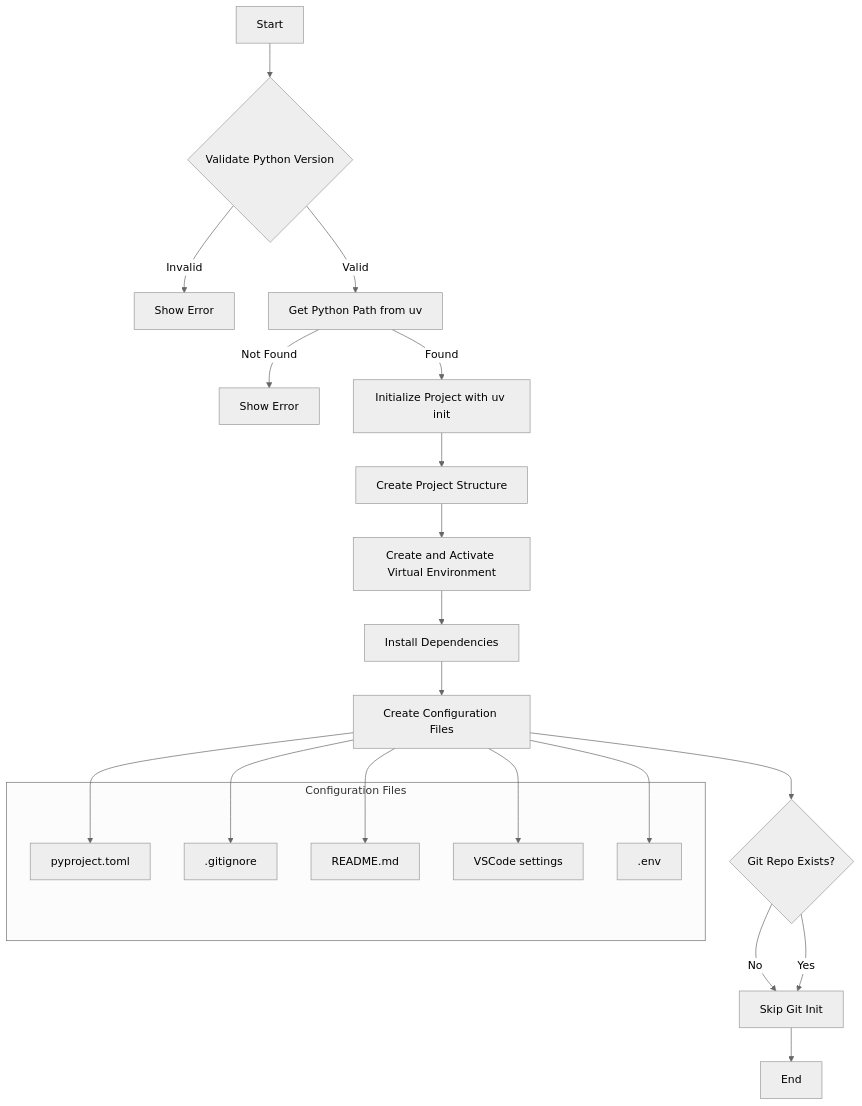
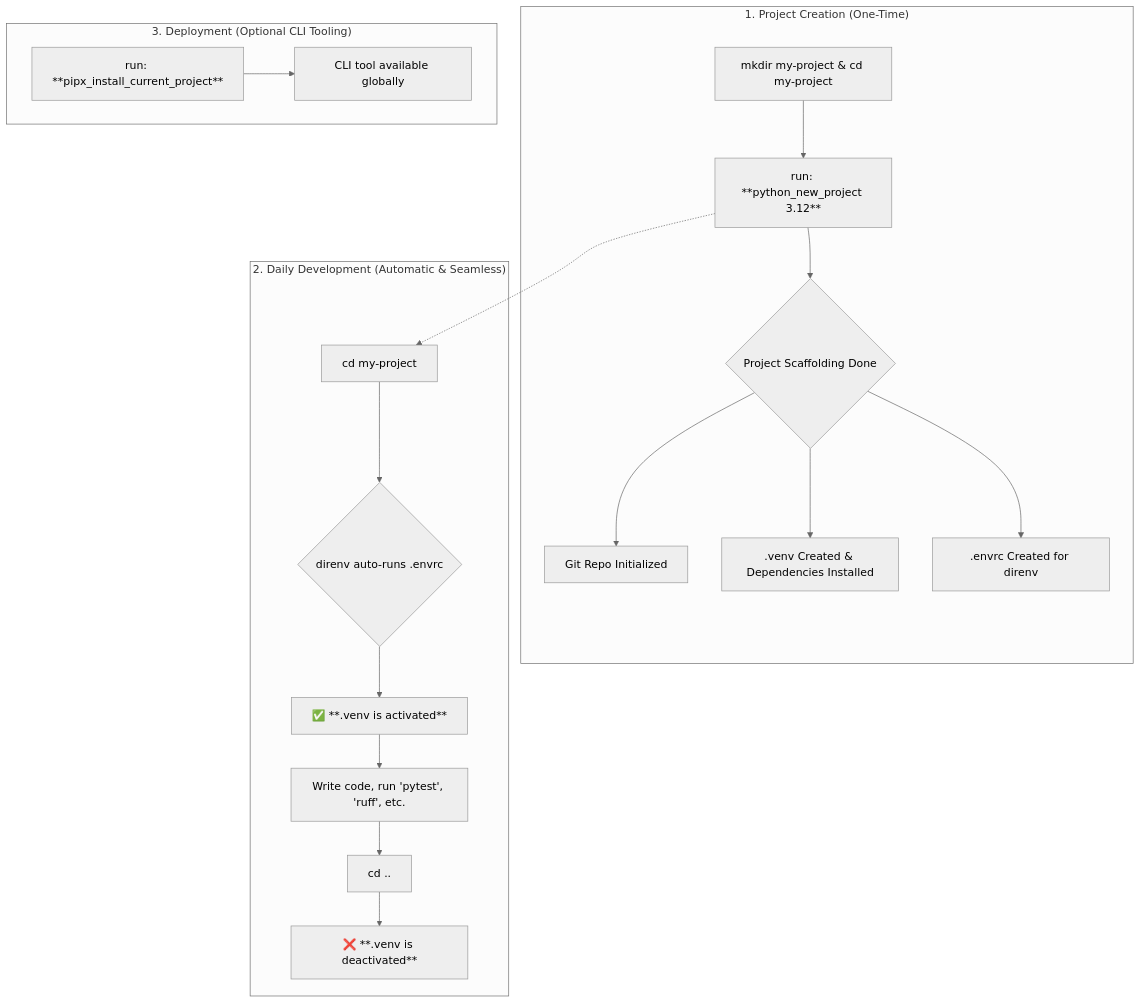
Before and after one commit to CaptainCodeAU/fifty-shades-of-dotfiles: the diagram in README.md, drawn with Mermaid (neutral theme). The commit also changed other lines of this file and 3 other files, not shown here.

Commit message:
(feat): Revamp for new uv-based Python workflow and edge cases

````diff
--- a/README.md
+++ b/README.md
@@ -22,28 +27,25 @@
 ```mermaid
-    graph TD
-        A[Start] --> B{Validate Python Version}
-        B -->|Invalid| C[Show Error]
-        B -->|Valid| D[Get Python Path from uv]
-        D -->|Not Found| E[Show Error]
-        D -->|Found| F[Initialize Project with uv init]
-        F --> G[Create Project Structure]
-        G --> H[Create and Activate Virtual Environment]
-        H --> I[Install Dependencies]
-        I --> J[Create Configuration Files]
-        J --> K{Git Repo Exists?}
-        K -->|No| L[Initialize Git Repository]
-        K -->|Yes| L[Skip Git Init]
-        L --> M[End]
-         subgraph "Configuration Files"
-            J1[pyproject.toml]
-            J2[.gitignore]
-            J3[README.md]
-            J4[VSCode settings]
-            J5[.env]
-        end
-        J --> J1
-        J --> J2
-        J --> J3
-        J --> J4
-        J --> J5
+graph TD
+    subgraph "1. Project Creation (One-Time)"
+        A[mkdir my-project & cd my-project] --> B[run: **python_new_project 3.12**]
+        B --> C{Project Scaffolding Done}
+        C --> D[Git Repo Initialized]
+        C --> E[.venv Created & Dependencies Installed]
+        C --> F[.envrc Created for direnv]
+    end
+
+    subgraph "2. Daily Development (Automatic & Seamless)"
+        G[cd my-project] --> H{direnv auto-runs .envrc}
+        H --> I["✅ **.venv is activated**"]
+        I --> J[Write code, run 'pytest', 'ruff', etc.]
+        J --> K[cd ..]
+        K --> L["❌ **.venv is deactivated**"]
+    end
+
+    subgraph "3. Deployment (Optional CLI Tooling)"
+        M[run: **pipx_install_current_project**] --> N[CLI tool available globally]
+    end
+
+    %% Transition from creation to daily workflow
+    B -.-> G
 ```
````
